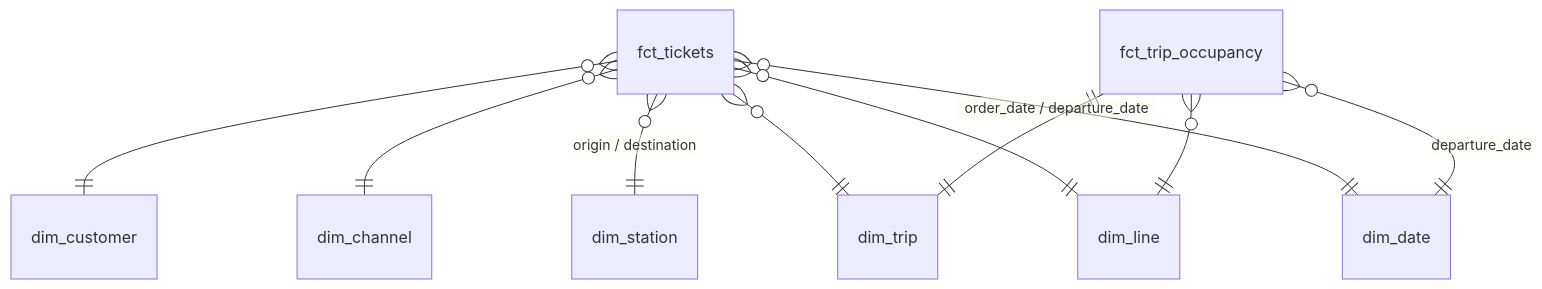
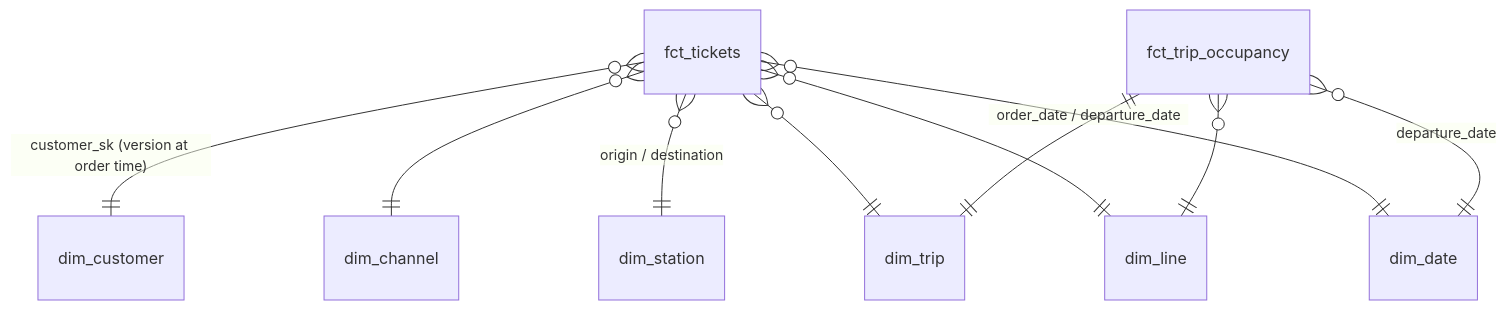
The fourth of 5 diagrams in README.md (bugtronik/rail-ticketing-data-platform), drawn with Mermaid before and after one commit. The commit also changed other lines of this file and 1 other file, not shown here.

Commit message:
docs: add ADR 0008 on incremental loading and customer history

````diff
--- a/README.md
+++ b/README.md
@@ -213,12 +217,12 @@
 ```mermaid
 erDiagram
     fct_tickets }o--|| dim_date : "order_date / departure_date"
     fct_tickets }o--|| dim_line : ""
     fct_tickets }o--|| dim_station : "origin / destination"
     fct_tickets }o--|| dim_channel : ""
-    fct_tickets }o--|| dim_customer : ""
+    fct_tickets }o--|| dim_customer : "customer_sk (version at order time)"
     fct_tickets }o--|| dim_trip : ""
     fct_trip_occupancy ||--|| dim_trip : ""
     fct_trip_occupancy }o--|| dim_line : ""
     fct_trip_occupancy }o--|| dim_date : "departure_date"
 ```
````
